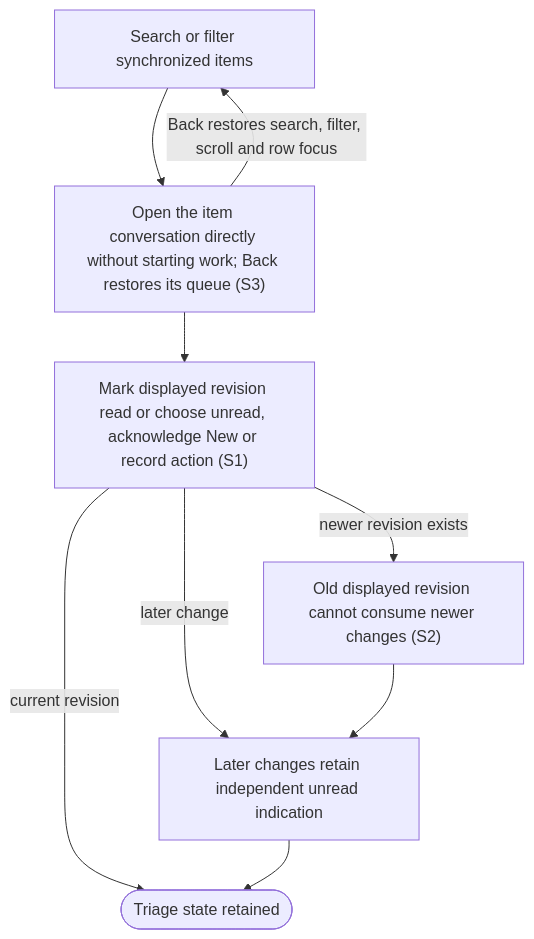
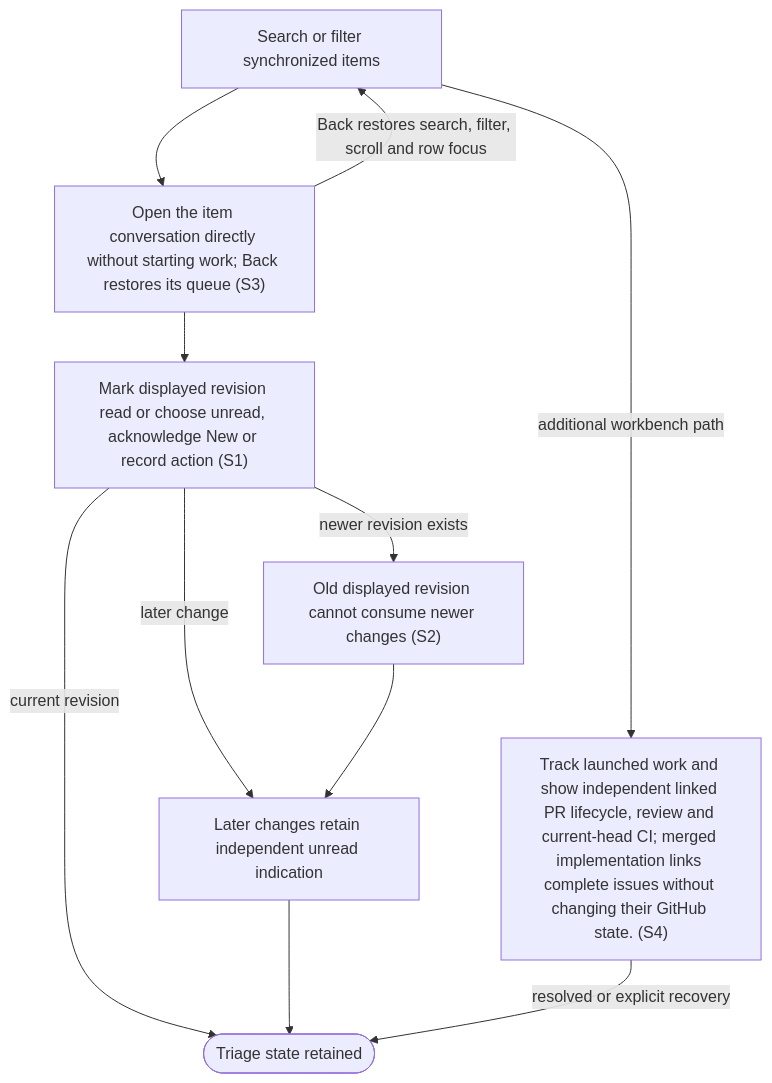
The diagram in docs/user-flows/triage-inbox.md (dk-code-factory/code-factory-plugin), drawn with Mermaid before and after one commit. The commit also changed other lines of this file and 64 other files, not shown here.

First line of the commit message:
Track work items and recover agent questions

````diff
--- a/docs/user-flows/triage-inbox.md
+++ b/docs/user-flows/triage-inbox.md
@@ -36,17 +38,20 @@
 ```mermaid
 flowchart TD
     N0["Search or filter synchronized items"]
     N1["Open the item conversation directly without starting work#59; Back restores its queue #40;S3#41;"]
     N2["Mark displayed revision read or choose unread, acknowledge New or record action #40;S1#41;"]
     N3["Later changes retain independent unread indication"]
     N4["Old displayed revision cannot consume newer changes #40;S2#41;"]
     N5(["Triage state retained"])
+    N6["Track launched work and show independent linked PR lifecycle, review and current-head CI#59; merged implementation links complete issues without changing their GitHub state. #40;S4#41;"]
     N0 --> N1
     N1 --> N2
     N2 -->|"later change"| N3
     N2 -->|"newer revision exists"| N4
     N4 --> N3
     N2 -->|"current revision"| N5
     N3 --> N5
     N1 -->|"Back restores search, filter, scroll and row focus"| N0
+    N0 -->|"additional workbench path"| N6
+    N6 -->|"resolved or explicit recovery"| N5
 ```
````
